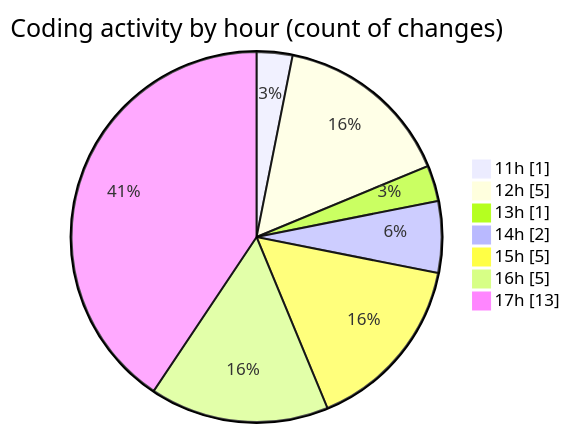
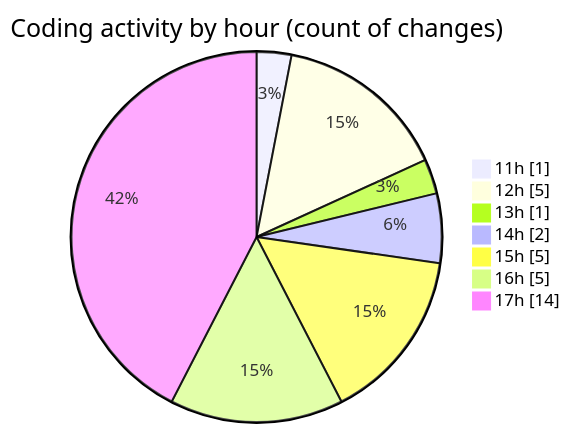
Before and after one commit to nxtqubesakshisongat/code-tracking: the second of 2 diagrams in 2025-11-13/argos/README.md, drawn with Mermaid. The commit also changed other lines of this file and 1 other file, not shown here.

````diff
--- a/2025-11-13/argos/README.md
+++ b/2025-11-13/argos/README.md
@@ -42,11 +42,11 @@
 ```mermaid
 pie showData
 title Coding activity by hour (count of changes)
 "11h" : 1
 "12h" : 5
 "13h" : 1
 "14h" : 2
 "15h" : 5
 "16h" : 5
-"17h" : 13
+"17h" : 14
 ```
````
